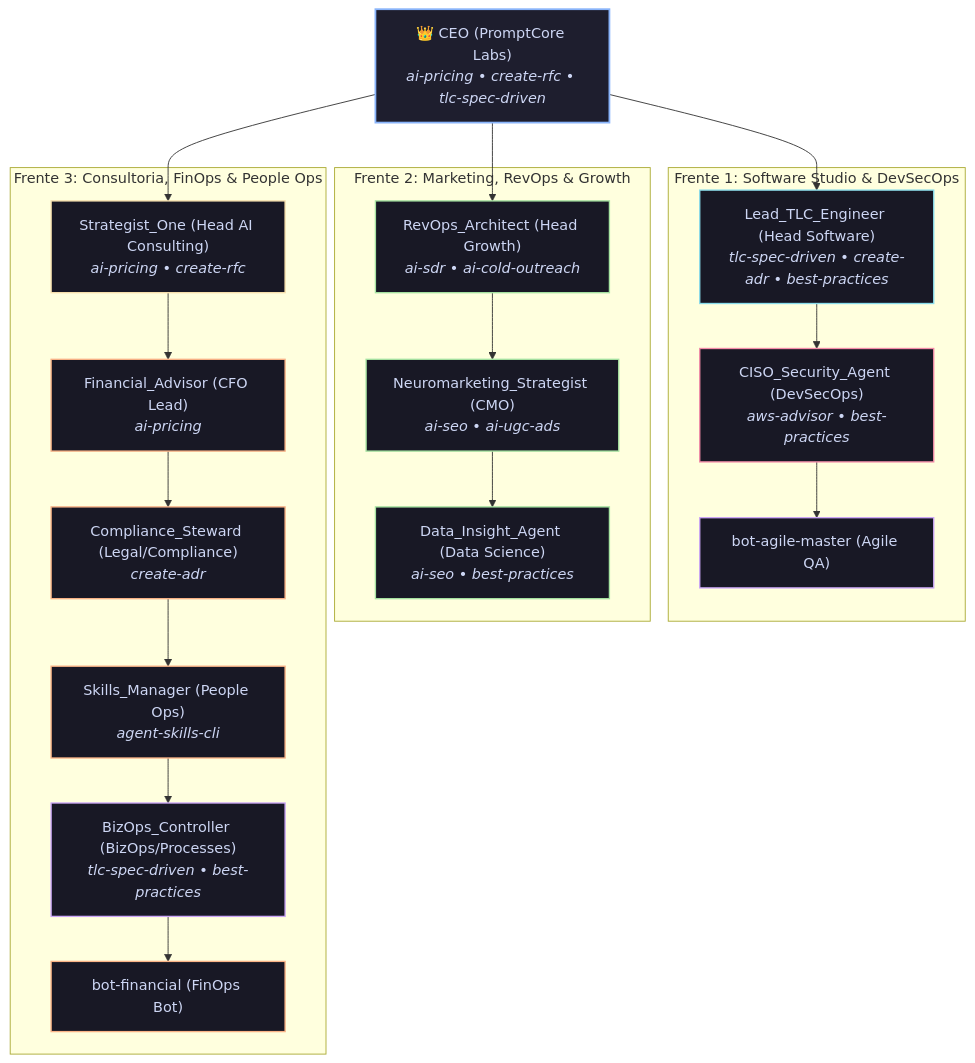
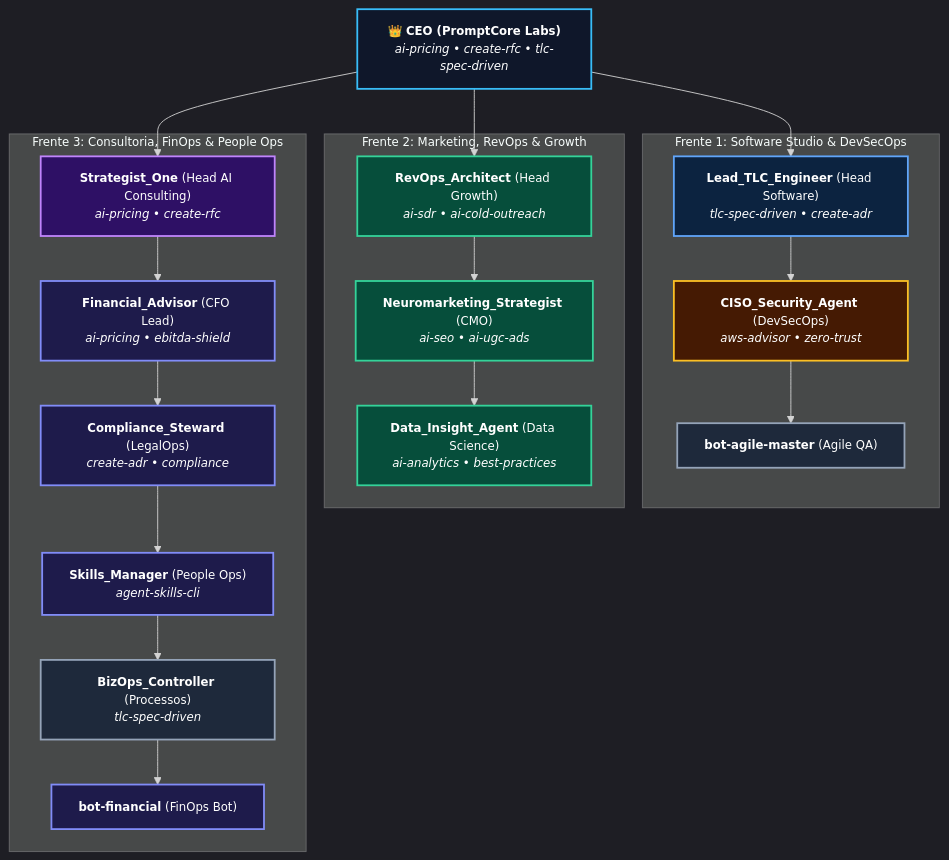
The second of 3 diagrams in projects/Living Architecture PCL AEOS/docs/agents-squads/README.md (EnterDufter/PromptCoreLabs_AEOS), drawn with Mermaid before and after one commit. The commit also changed other lines of this file and 8 other files, not shown here.

Commit message:
style(mermaid): calibrate diagram dimensions, anti-clipping CSS and add cortex mermaid governance

````diff
--- a/projects/Living Architecture PCL AEOS/docs/agents-squads/README.md
+++ b/projects/Living Architecture PCL AEOS/docs/agents-squads/README.md
@@ -52,40 +58,41 @@
 ```mermaid
+%%{init: {'theme': 'dark', 'themeVariables': { 'fontSize': '13px', 'fontFamily': 'Inter, sans-serif' }}}%%
 graph TD
-    classDef board fill:#1e1e2e,stroke:#89b4fa,stroke-width:2px,color:#cdd6f4;
-    classDef squadEstra fill:#181825,stroke:#f9e2af,stroke-width:1.5px,color:#cdd6f4;
-    classDef squadRev fill:#181825,stroke:#a6e3a1,stroke-width:1.5px,color:#cdd6f4;
-    classDef squadDev fill:#181825,stroke:#89dceb,stroke-width:1.5px,color:#cdd6f4;
-    classDef squadOps fill:#181825,stroke:#cba6f7,stroke-width:1.5px,color:#cdd6f4;
-    classDef squadSec fill:#181825,stroke:#f38ba8,stroke-width:1.5px,color:#cdd6f4;
-    classDef squadFin fill:#181825,stroke:#fab387,stroke-width:1.5px,color:#cdd6f4;
+    classDef board fill:#0f172a,stroke:#38bdf8,stroke-width:2px,color:#ffffff;
+    classDef squadDev fill:#0c2340,stroke:#60a5fa,stroke-width:2px,color:#ffffff;
+    classDef squadRev fill:#064e3b,stroke:#34d399,stroke-width:2px,color:#ffffff;
+    classDef squadEstra fill:#2e1065,stroke:#c084fc,stroke-width:2px,color:#ffffff;
+    classDef squadFin fill:#1e1b4b,stroke:#818cf8,stroke-width:2px,color:#ffffff;
+    classDef squadSec fill:#451a03,stroke:#fbbf24,stroke-width:2px,color:#ffffff;
+    classDef squadOps fill:#1e293b,stroke:#94a3b8,stroke-width:2px,color:#ffffff;
 
-    CEO["👑 CEO (PromptCore Labs)<br/><i>ai-pricing • create-rfc • tlc-spec-driven</i>"]:::board
+    CEO["👑 <b>CEO (PromptCore Labs)</b><br/><i>ai-pricing • create-rfc • tlc-spec-driven</i>"]:::board
 
     subgraph Vert_Software["Frente 1: Software Studio & DevSecOps"]
-        LeadEng["Lead_TLC_Engineer (Head Software)<br/><i>tlc-spec-driven • create-adr • best-practices</i>"]:::squadDev
-        CISO["CISO_Security_Agent (DevSecOps)<br/><i>aws-advisor • best-practices</i>"]:::squadSec
-        AgileBot["bot-agile-master (Agile QA)"]:::squadOps
+        LeadEng["<b>Lead_TLC_Engineer</b> (Head Software)<br/><i>tlc-spec-driven • create-adr</i>"]:::squadDev
+        CISO["<b>CISO_Security_Agent</b> (DevSecOps)<br/><i>aws-advisor • zero-trust</i>"]:::squadSec
+        AgileBot["<b>bot-agile-master</b> (Agile QA)"]:::squadOps
         LeadEng --> CISO --> AgileBot
     end
 
     subgraph Vert_Growth["Frente 2: Marketing, RevOps & Growth"]
-        RevOps["RevOps_Architect (Head Growth)<br/><i>ai-sdr • ai-cold-outreach</i>"]:::squadRev
-        CMO["Neuromarketing_Strategist (CMO)<br/><i>ai-seo • ai-ugc-ads</i>"]:::squadRev
-        GrowthDS["Data_Insight_Agent (Data Science)<br/><i>ai-seo • best-practices</i>"]:::squadRev
+        RevOps["<b>RevOps_Architect</b> (Head Growth)<br/><i>ai-sdr • ai-cold-outreach</i>"]:::squadRev
+        CMO["<b>Neuromarketing_Strategist</b> (CMO)<br/><i>ai-seo • ai-ugc-ads</i>"]:::squadRev
+        GrowthDS["<b>Data_Insight_Agent</b> (Data Science)<br/><i>ai-analytics • best-practices</i>"]:::squadRev
         RevOps --> CMO --> GrowthDS
     end
 
     subgraph Vert_Consulting["Frente 3: Consultoria, FinOps & People Ops"]
-        Strategist["Strategist_One (Head AI Consulting)<br/><i>ai-pricing • create-rfc</i>"]:::squadEstra
-        FinAdv["Financial_Advisor (CFO Lead)<br/><i>ai-pricing</i>"]:::squadFin
-        Compliance["Compliance_Steward (Legal/Compliance)<br/><i>create-adr</i>"]:::squadFin
-        SkillsMgr["Skills_Manager (People Ops)<br/><i>agent-skills-cli</i>"]:::squadFin
-        BizOps["BizOps_Controller (BizOps/Processes)<br/><i>tlc-spec-driven • best-practices</i>"]:::squadOps
-        FinBot["bot-financial (FinOps Bot)"]:::squadFin
+        Strategist["<b>Strategist_One</b> (Head AI Consulting)<br/><i>ai-pricing • create-rfc</i>"]:::squadEstra
+        FinAdv["<b>Financial_Advisor</b> (CFO Lead)<br/><i>ai-pricing • ebitda-shield</i>"]:::squadFin
+        Compliance["<b>Compliance_Steward</b> (LegalOps)<br/><i>create-adr • compliance</i>"]:::squadFin
+        SkillsMgr["<b>Skills_Manager</b> (People Ops)<br/><i>agent-skills-cli</i>"]:::squadFin
+        BizOps["<b>BizOps_Controller</b> (Processos)<br/><i>tlc-spec-driven</i>"]:::squadOps
+        FinBot["<b>bot-financial</b> (FinOps Bot)"]:::squadFin
         Strategist --> FinAdv --> Compliance --> SkillsMgr --> BizOps --> FinBot
     end
 
     CEO --> LeadEng
     CEO --> RevOps
     CEO --> Strategist
 ```
````
